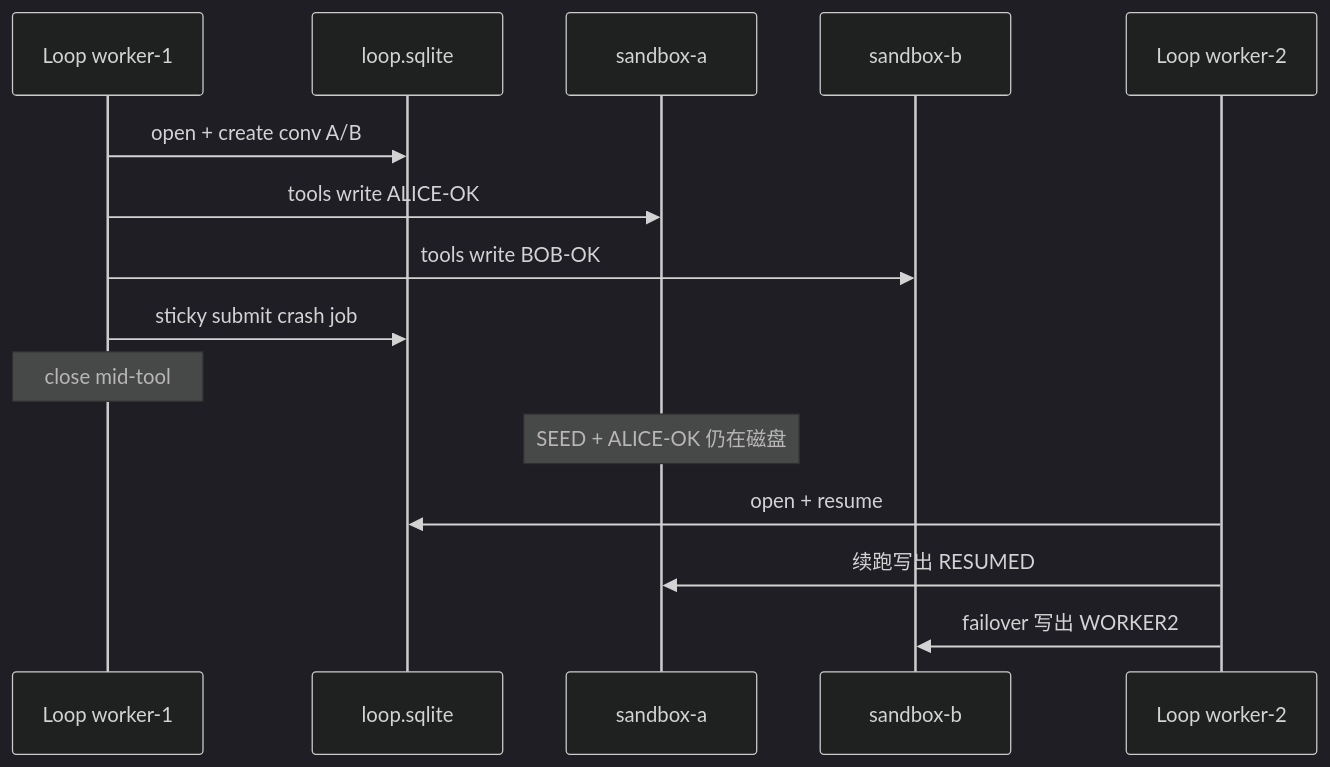
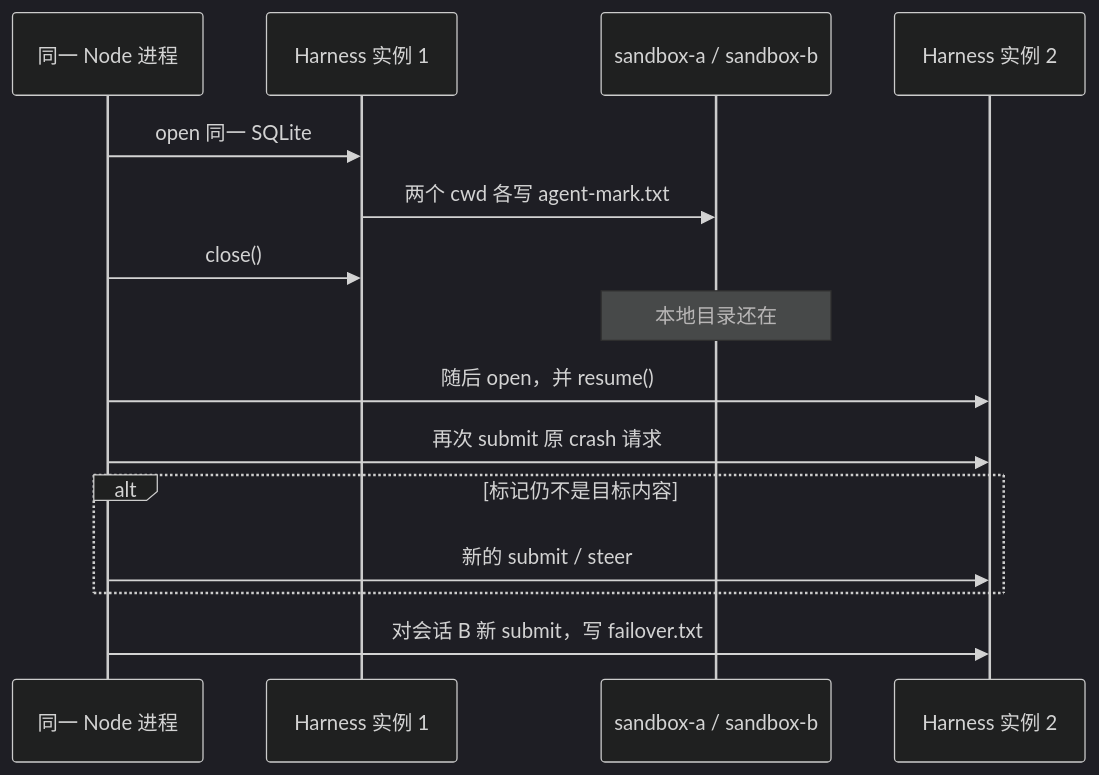
Before and after one commit to cFireworks/cfireworks.github.io: the second of 2 diagrams in source/_posts/2026-10-03-pi-durable-office-agent-harness.md, drawn with Mermaid (dark theme). The commit also changed other lines of this file, not shown here.

````diff
--- a/source/_posts/2026-10-03-pi-durable-office-agent-harness.md
+++ b/source/_posts/2026-10-03-pi-durable-office-agent-harness.md
@@ -107,17 +107,17 @@
 ```mermaid
 sequenceDiagram
-  participant W1 as Loop worker-1
-  participant DB as loop.sqlite
-  participant SA as sandbox-a
-  participant SB as sandbox-b
-  participant W2 as Loop worker-2
-  W1->>DB: open + create conv A/B
-  W1->>SA: tools write ALICE-OK
-  W1->>SB: tools write BOB-OK
-  W1->>DB: sticky submit crash job
-  Note over W1: close mid-tool
-  Note over SA: SEED + ALICE-OK 仍在磁盘
-  W2->>DB: open + resume
-  W2->>SA: 续跑写出 RESUMED
-  W2->>SB: failover 写出 WORKER2
+  participant S as 同一 Node 进程
+  participant H1 as Harness 实例 1
+  participant D as sandbox-a / sandbox-b
+  participant H2 as Harness 实例 2
+  S->>H1: open 同一 SQLite
+  H1->>D: 两个 cwd 各写 agent-mark.txt
+  S->>H1: close()
+  Note over D: 本地目录还在
+  S->>H2: 随后 open，并 resume()
+  S->>H2: 再次 submit 原 crash 请求
+  alt 标记仍不是目标内容
+    S->>H2: 新的 submit / steer
+  end
+  S->>H2: 对会话 B 新 submit，写 failover.txt
 ```
````
